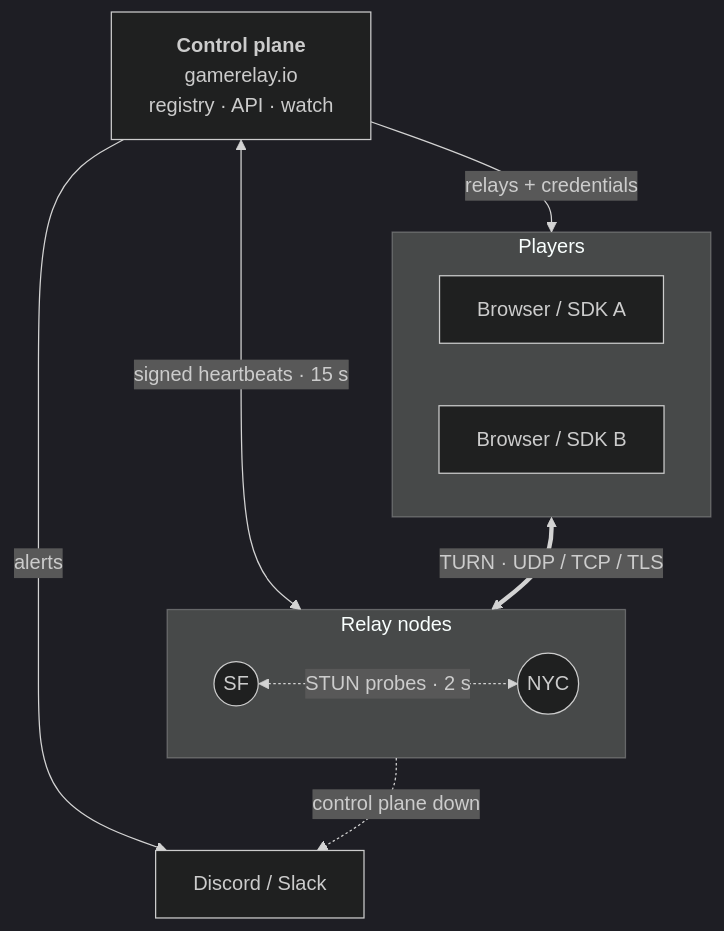
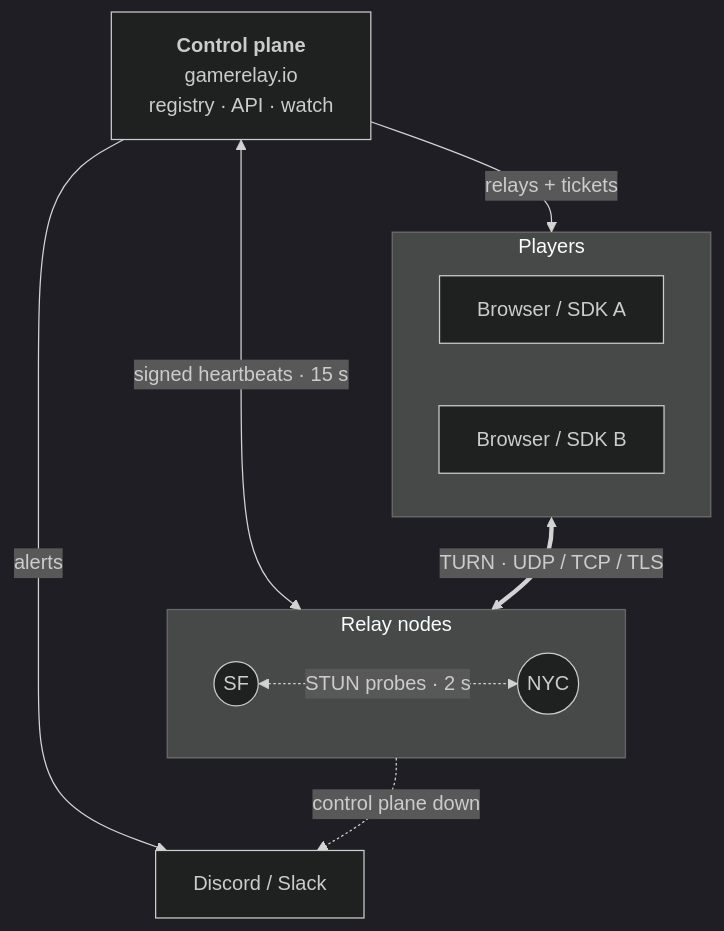
Before and after one commit to gamerelay/resonance: the first of 2 diagrams in docs/ARCHITECTURE.md, drawn with Mermaid (dark theme). The commit also changed other lines of this file and 13 other files, not shown here.

````diff
--- a/docs/ARCHITECTURE.md
+++ b/docs/ARCHITECTURE.md
@@ -7,19 +7,19 @@
 ```mermaid
 flowchart TB
   CP["<b>Control plane</b><br/>gamerelay.io<br/>registry · API · watch"]
   OPS["Discord / Slack"]
   subgraph players [Players]
     A[Browser / SDK A]
     B[Browser / SDK B]
   end
   subgraph nodes [Relay nodes]
     N1((SF))
     N2((NYC))
     N1 <-. "STUN probes · 2 s" .-> N2
   end
-  CP -- "relays + credentials" --> players
+  CP -- "relays + tickets" --> players
   CP <-- "signed heartbeats · 15 s" --> nodes
   players <== "TURN · UDP / TCP / TLS" ==> nodes
   CP -- "alerts" --> OPS
   nodes -. "control plane down" .-> OPS
 ```
````
